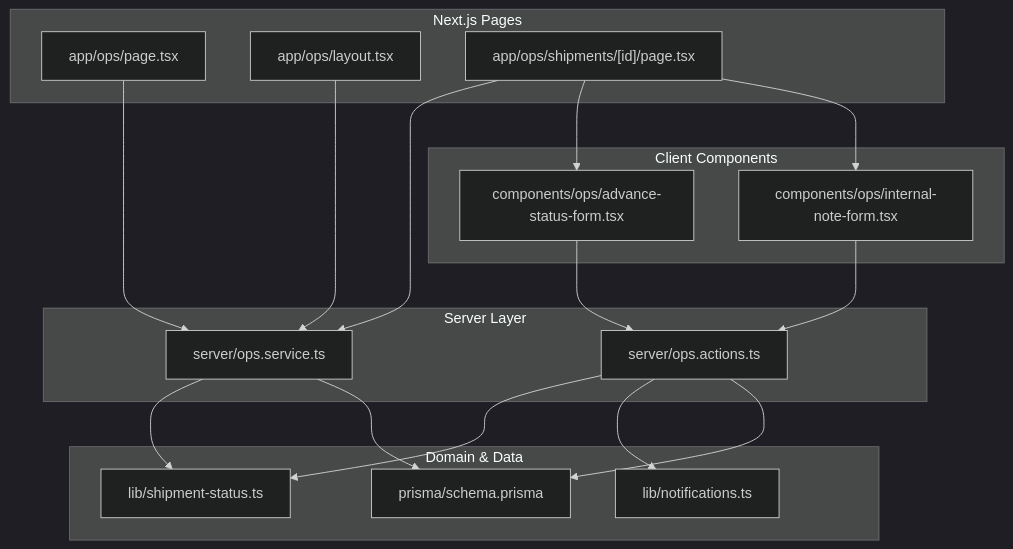
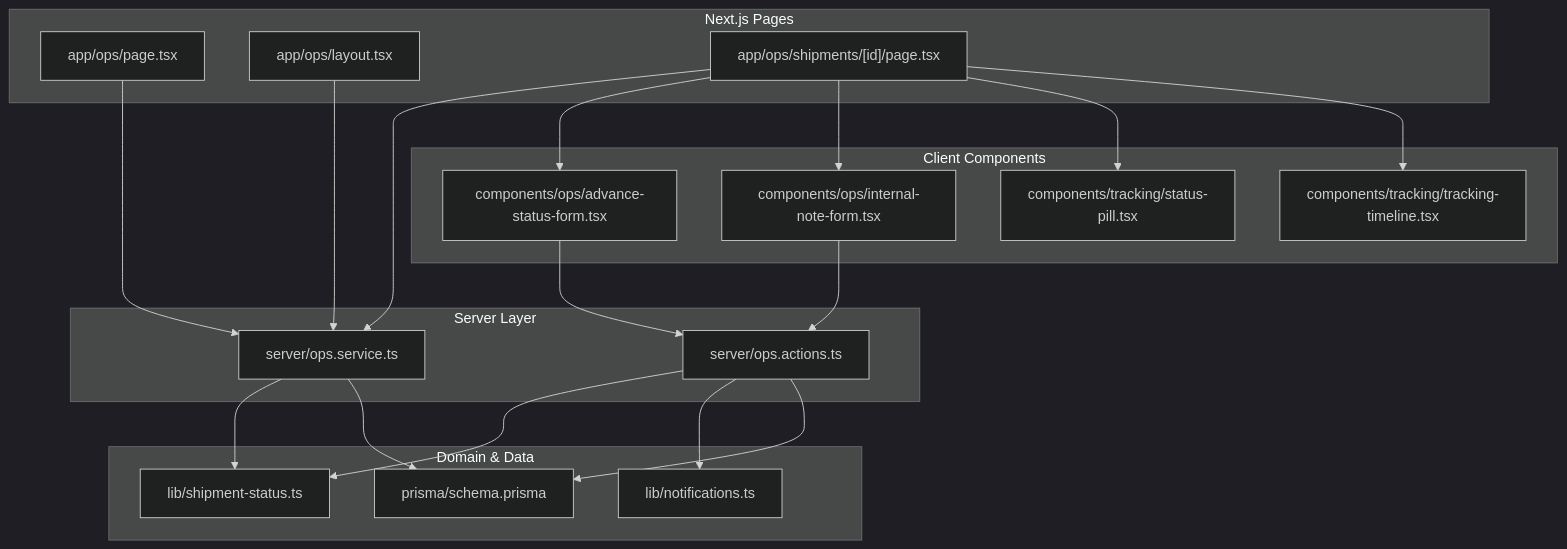
One commit to gyamposudodzi/Timberland changed the first of 10 diagrams in .qoder/repowiki/en/content/Shipment Management/Operations Back Office.md. Above: the diagram before and after it, drawn with Mermaid (dark theme). The commit also changed other lines of this file and 26 other files, not shown here.

````diff
--- a/.qoder/repowiki/en/content/Shipment Management/Operations Back Office.md
+++ b/.qoder/repowiki/en/content/Shipment Management/Operations Back Office.md
@@ -41,33 +55,37 @@
 ```mermaid
 graph TB
 subgraph "Next.js Pages"
 OPS_PAGE["app/ops/page.tsx"]
 OPS_LAYOUT["app/ops/layout.tsx"]
 OPS_SHIPMENT["app/ops/shipments/[id]/page.tsx"]
 end
 subgraph "Server Layer"
 OPS_SERVICE["server/ops.service.ts"]
 OPS_ACTIONS["server/ops.actions.ts"]
 end
 subgraph "Client Components"
 ADVANCE_FORM["components/ops/advance-status-form.tsx"]
 NOTE_FORM["components/ops/internal-note-form.tsx"]
+STATUS_PILL["components/tracking/status-pill.tsx"]
+TIMELINE["components/tracking/tracking-timeline.tsx"]
 end
 subgraph "Domain & Data"
 STATUS_LIB["lib/shipment-status.ts"]
 NOTIFICATIONS["lib/notifications.ts"]
 SCHEMA["prisma/schema.prisma"]
 end
 OPS_LAYOUT --> OPS_SERVICE
 OPS_PAGE --> OPS_SERVICE
 OPS_SHIPMENT --> OPS_SERVICE
 OPS_SHIPMENT --> ADVANCE_FORM
 OPS_SHIPMENT --> NOTE_FORM
+OPS_SHIPMENT --> STATUS_PILL
+OPS_SHIPMENT --> TIMELINE
 ADVANCE_FORM --> OPS_ACTIONS
 NOTE_FORM --> OPS_ACTIONS
 OPS_ACTIONS --> STATUS_LIB
 OPS_ACTIONS --> NOTIFICATIONS
 OPS_SERVICE --> STATUS_LIB
 OPS_SERVICE --> SCHEMA
 OPS_ACTIONS --> SCHEMA
 ```
````
